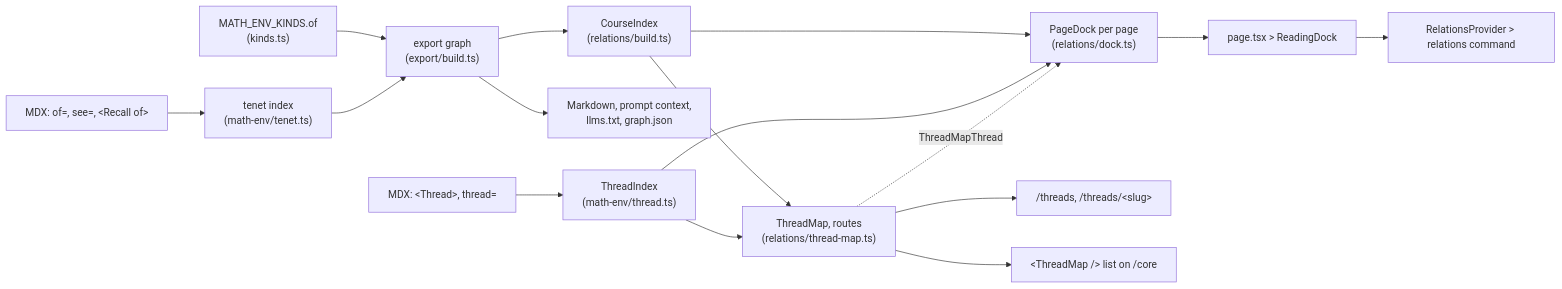
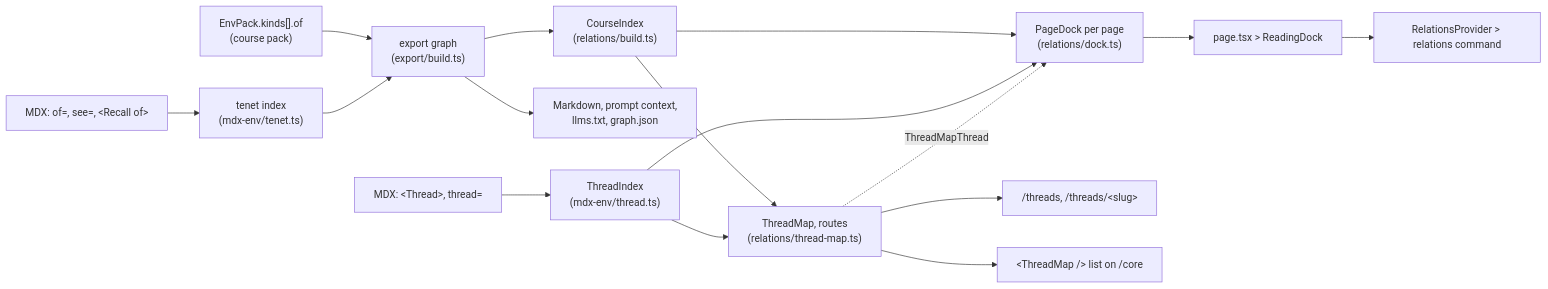
The first of 2 diagrams in RELATIONS.md (kevinnhou/MATH1251), drawn with Mermaid before and after one commit. The commit also changed other lines of this file and 156 other files, not shown here.

````diff
--- a/RELATIONS.md
+++ b/RELATIONS.md
@@ -81,15 +82,15 @@
 ```mermaid
 flowchart LR
-    mdx["MDX: of=, see=, &lt;Recall of&gt;"] --> tenets["tenet index<br/>(math-env/tenet.ts)"]
-    tmdx["MDX: &lt;Thread&gt;, thread="] --> threads["ThreadIndex<br/>(math-env/thread.ts)"]
-    kinds["MATH_ENV_KINDS.of<br/>(kinds.ts)"] --> export
+    mdx["MDX: of=, see=, &lt;Recall of&gt;"] --> tenets["tenet index<br/>(mdx-env/tenet.ts)"]
+    tmdx["MDX: &lt;Thread&gt;, thread="] --> threads["ThreadIndex<br/>(mdx-env/thread.ts)"]
+    kinds["EnvPack.kinds[].of<br/>(course pack)"] --> export
     tenets --> export["export graph<br/>(export/build.ts)"]
     export --> exports["Markdown, prompt context,<br/>llms.txt, graph.json"]
     export --> index["CourseIndex<br/>(relations/build.ts)"] --> dock["PageDock per page<br/>(relations/dock.ts)"]
     index --> threadmap["ThreadMap, routes<br/>(relations/thread-map.ts)"] --> threadspage["/threads, /threads/&lt;slug&gt;"]
     threadmap --> core["&lt;ThreadMap /&gt; list on /core"]
     threads --> dock
     threads --> threadmap
     threadmap -. ThreadMapThread .-> dock
     dock --> page["page.tsx > ReadingDock"] --> terminal["RelationsProvider > relations command"]
 ```
````
